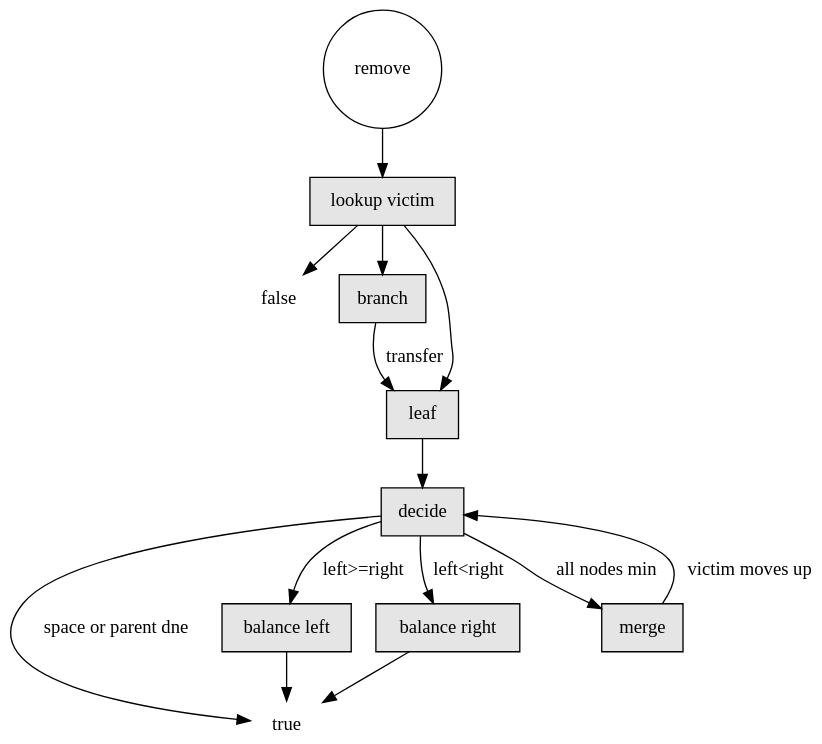
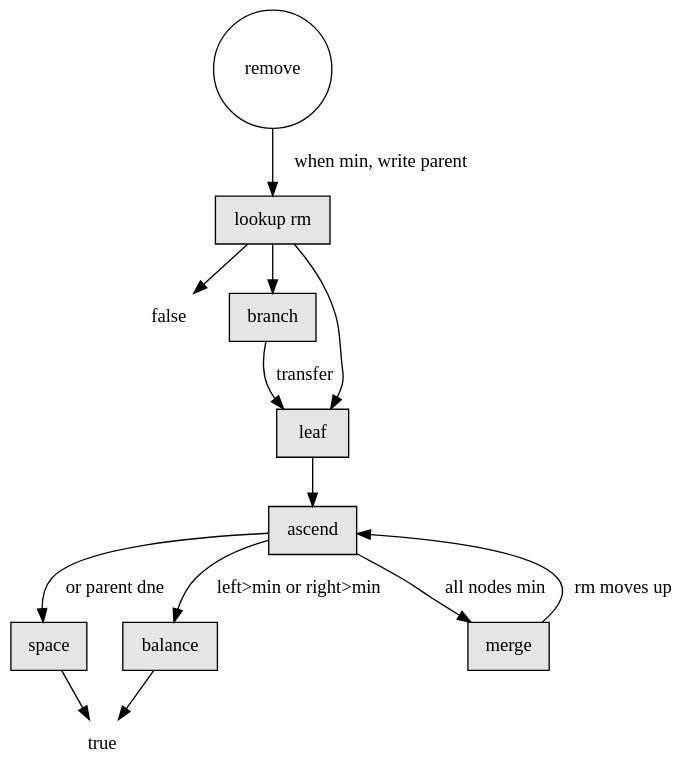
Before and after one commit to neil-edelman/boxes: the diagram in doc/remove.gv, drawn with Graphviz. The commit also changed 3 other files, not shown here.

```diff
--- a/doc/remove.gv
+++ b/doc/remove.gv
@@ -1,24 +1,21 @@
 digraph {
 	graph [truecolor=true, bgcolor=transparent, fontname="Bitstream Vera Sans"];
 	node [shape=box, style=filled, fontname="Bitstream Vera Sans", fillcolor="Grey90"];
 	edge [fontname="Bitstream Vera Sans"];
 	remove [shape=circle, style=none];
-	lookup [label="lookup victim"];
-	remove -> lookup;
+	lookup [label="lookup rm"];
+	remove -> lookup [label="when min, write parent"];
 	lookup -> false;
 	lookup -> branch;
 	lookup -> leaf;
 	branch -> leaf [label="transfer"];
-	leaf -> decide;
-	decide -> true [label="space or parent dne"];
-	left [label="balance left"];
-	decide -> left [label="left>=right"];
-	left -> true;
-	right [label="balance right"];
-	decide -> right [label="left<right"];
-	right -> true;
-	decide -> merge [label="all nodes min"];
-	merge -> decide [label="victim moves up"];
+	leaf -> ascend;
+	ascend -> space [label="or parent dne"];
+	space -> true;
+	ascend -> balance [label="left>min or right>min"];
+	balance -> true;
+	ascend -> merge [label="all nodes min"];
+	merge -> ascend [label="rm moves up"];
 	true [shape=none, style=none];
 	false [shape=none, style=none];
 }
```
